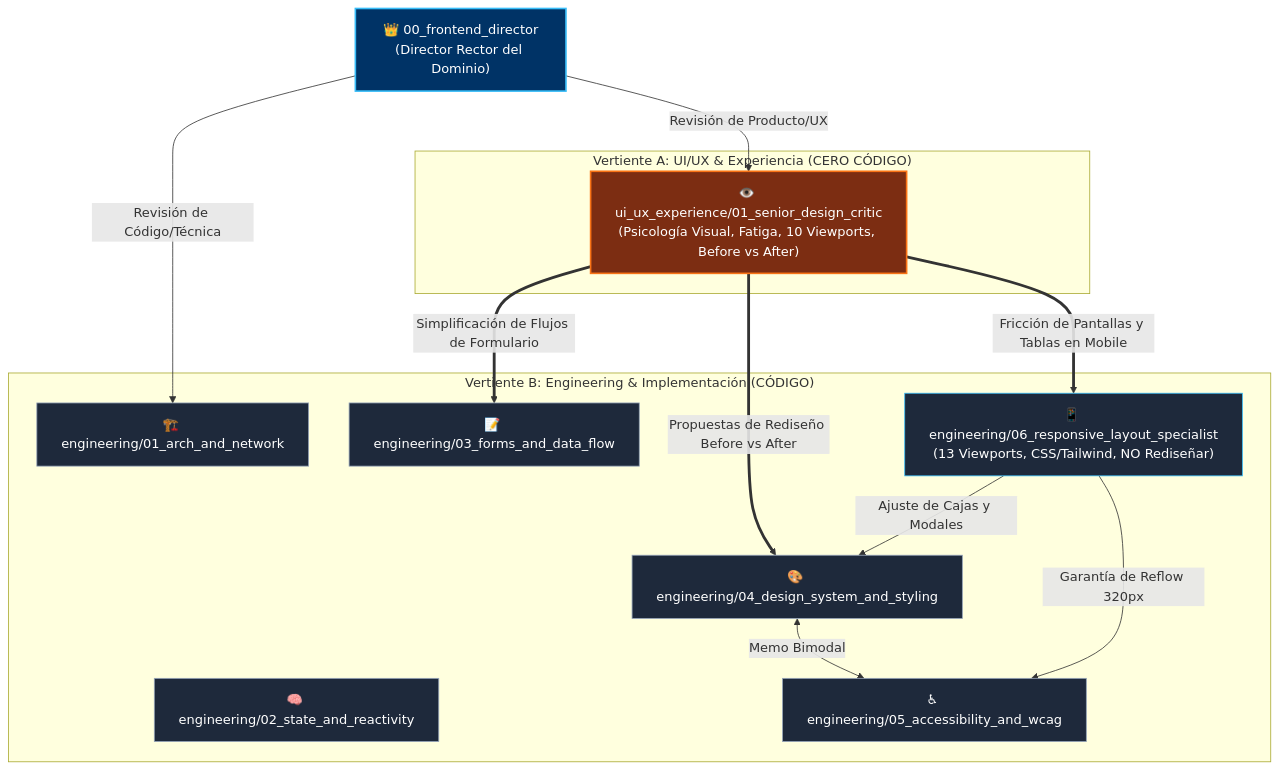
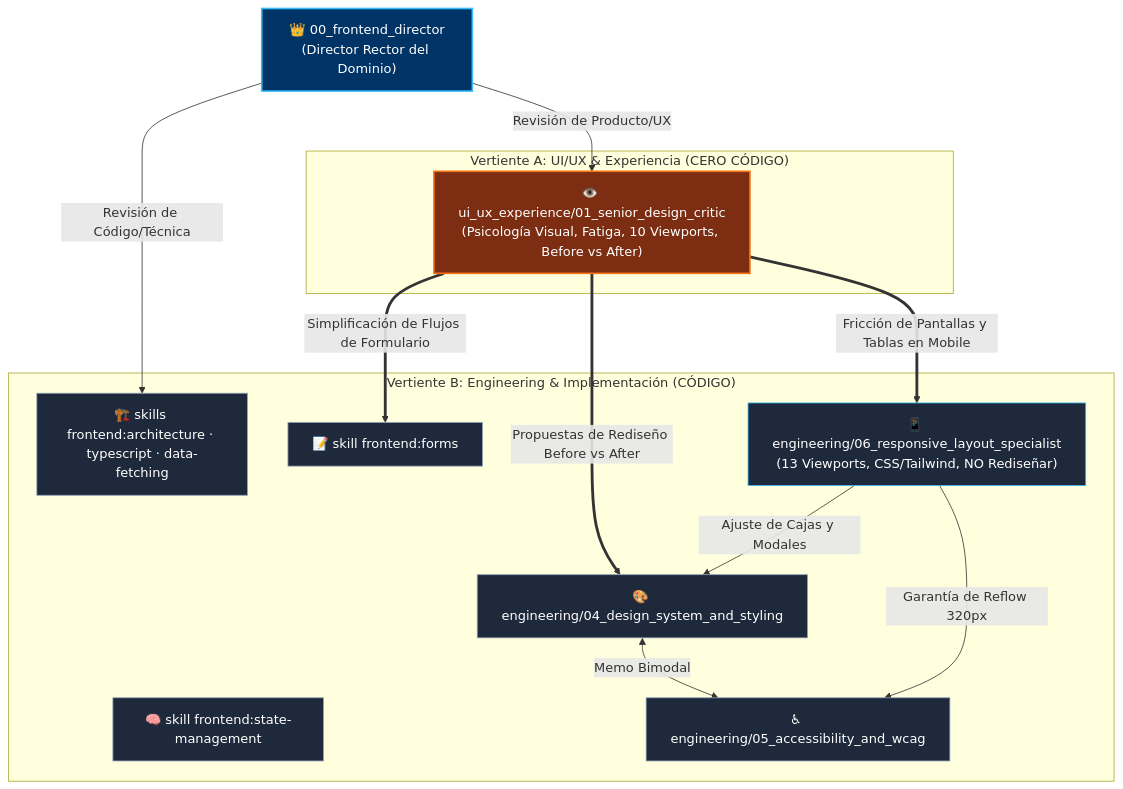
The diagram in domains/01_frontend/00_frontend_director/ROUTING_PLAYBOOK.md (DanExl24/ai-agentic-audit-kit), drawn with Mermaid before and after one commit. The commit also changed other lines of this file and 50 other files, not shown here.

First line of the commit message:
[v1.6.0] refactor(frontend): migrar arch, estado y formularios a skills del plugin frontend (ola 1)

````diff
--- a/domains/01_frontend/00_frontend_director/ROUTING_PLAYBOOK.md
+++ b/domains/01_frontend/00_frontend_director/ROUTING_PLAYBOOK.md
@@ -10,35 +10,35 @@
 ```mermaid
 flowchart TD
     DIR["👑 00_frontend_director<br/>(Director Rector del Dominio)"]
 
     subgraph "Vertiente A: UI/UX & Experiencia (CERO CÓDIGO)"
         UX["👁️ ui_ux_experience/01_senior_design_critic<br/>(Psicología Visual, Fatiga, 10 Viewports, Before vs After)"]
     end
 
     subgraph "Vertiente B: Engineering & Implementación (CÓDIGO)"
-        E1["🏗️ engineering/01_arch_and_network"]
-        E2["🧠 engineering/02_state_and_reactivity"]
-        E3["📝 engineering/03_forms_and_data_flow"]
+        E1["🏗️ skills frontend:architecture · typescript · data-fetching"]
+        E2["🧠 skill frontend:state-management"]
+        E3["📝 skill frontend:forms"]
         E4["🎨 engineering/04_design_system_and_styling"]
         E5["♿ engineering/05_accessibility_and_wcag"]
         E6["📱 engineering/06_responsive_layout_specialist<br/>(13 Viewports, CSS/Tailwind, NO Rediseñar)"]
     end
 
     DIR -->|Revisión de Producto/UX| UX
     DIR -->|Revisión de Código/Técnica| E1
     UX ==>|"Propuestas de Rediseño Before vs After"| E4
     UX ==>|"Fricción de Pantallas y Tablas en Mobile"| E6
     UX ==>|"Simplificación de Flujos de Formulario"| E3
     E4 <-->|"Memo Bimodal"| E5
     E6 -->|"Ajuste de Cajas y Modales"| E4
     E6 -->|"Garantía de Reflow 320px"| E5
 
     style DIR fill:#003366,stroke:#38bdf8,color:#ffffff,stroke-width:2px
     style UX fill:#7c2d12,stroke:#f97316,color:#ffffff,stroke-width:2px
     style E1 fill:#1e293b,stroke:#94a3b8,color:#ffffff
     style E2 fill:#1e293b,stroke:#94a3b8,color:#ffffff
     style E3 fill:#1e293b,stroke:#94a3b8,color:#ffffff
     style E4 fill:#1e293b,stroke:#94a3b8,color:#ffffff
     style E5 fill:#1e293b,stroke:#94a3b8,color:#ffffff
     style E6 fill:#1e293b,stroke:#38bdf8,color:#ffffff
 ```
````
